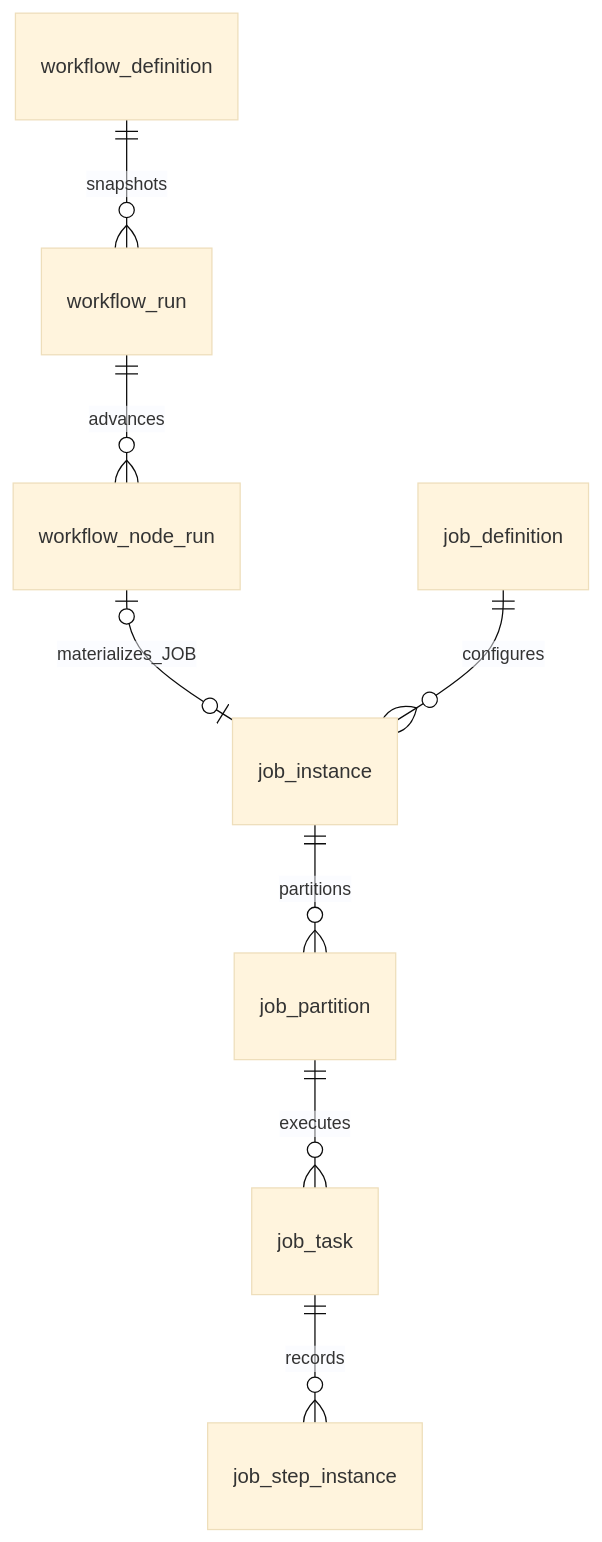
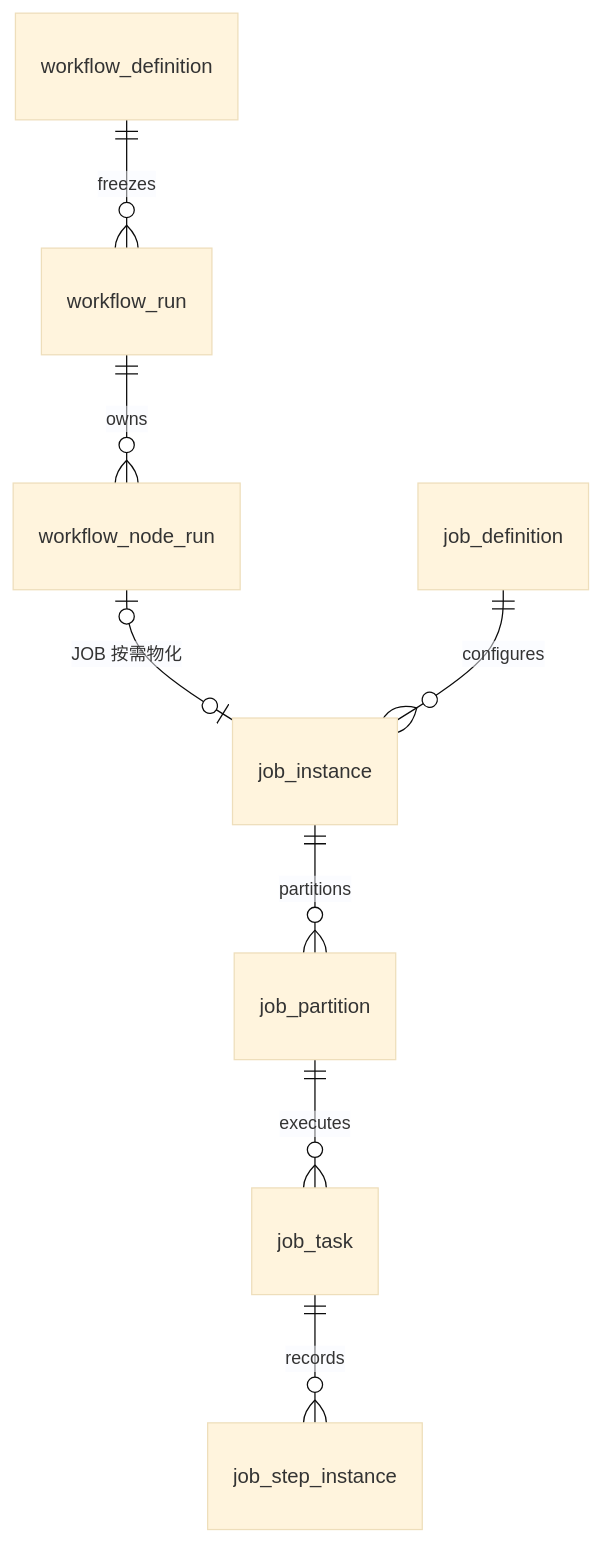
The fourth of 6 diagrams in docs/architecture/workflow-dependency-guide.md (pinpols/file-batch-system), drawn with Mermaid (base theme) before and after one commit. The commit also changed other lines of this file and 2792 other files, not shown here.

````diff
--- a/docs/architecture/workflow-dependency-guide.md
+++ b/docs/architecture/workflow-dependency-guide.md
@@ -140,10 +141,11 @@
 ```mermaid
+%%{init: {"flowchart":{"curve":"linear","nodeSpacing":32,"rankSpacing":48},"sequence":{"mirrorActors":false}}}%%
 erDiagram
-  workflow_definition ||--o{ workflow_run : snapshots
-  workflow_run ||--o{ workflow_node_run : advances
-  workflow_node_run o|--o| job_instance : materializes_JOB
+  workflow_definition ||--o{ workflow_run : freezes
+  workflow_run ||--o{ workflow_node_run : owns
+  workflow_node_run o|--o| job_instance : "JOB 按需物化"
   job_definition ||--o{ job_instance : configures
   job_instance ||--o{ job_partition : partitions
   job_partition ||--o{ job_task : executes
   job_task ||--o{ job_step_instance : records
 ```
````
